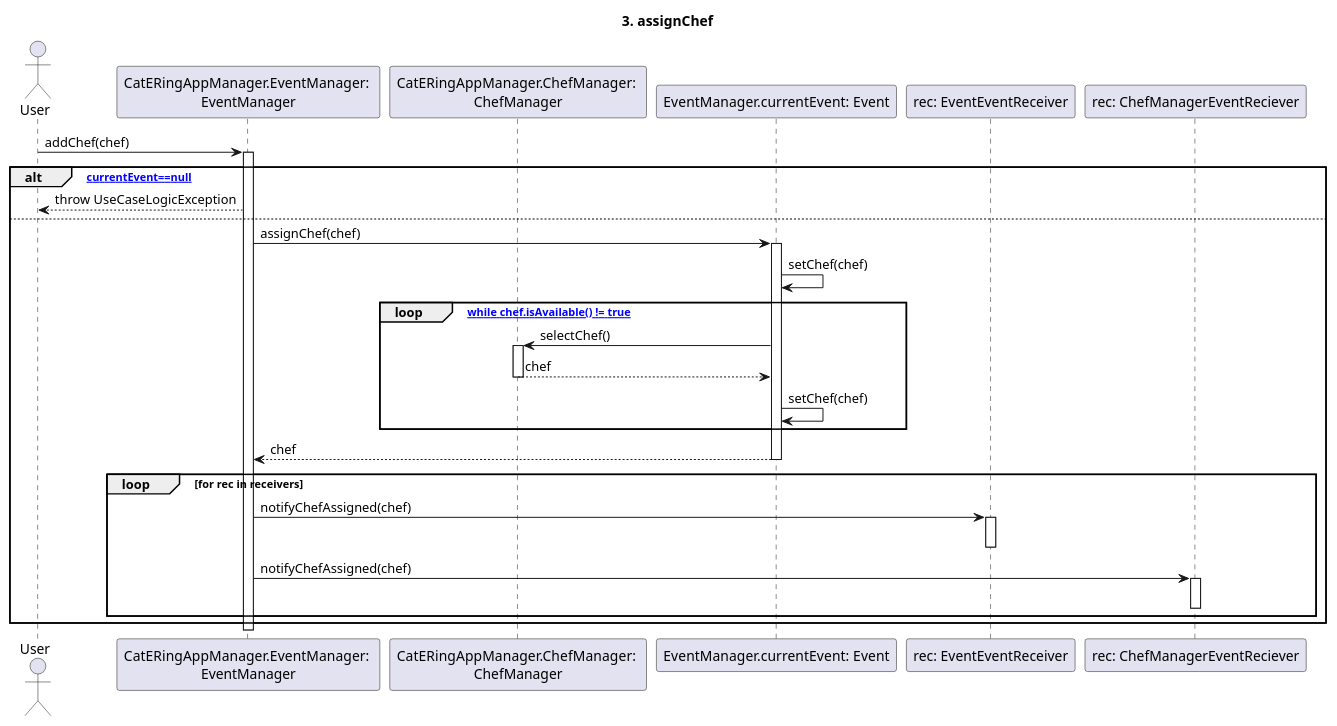
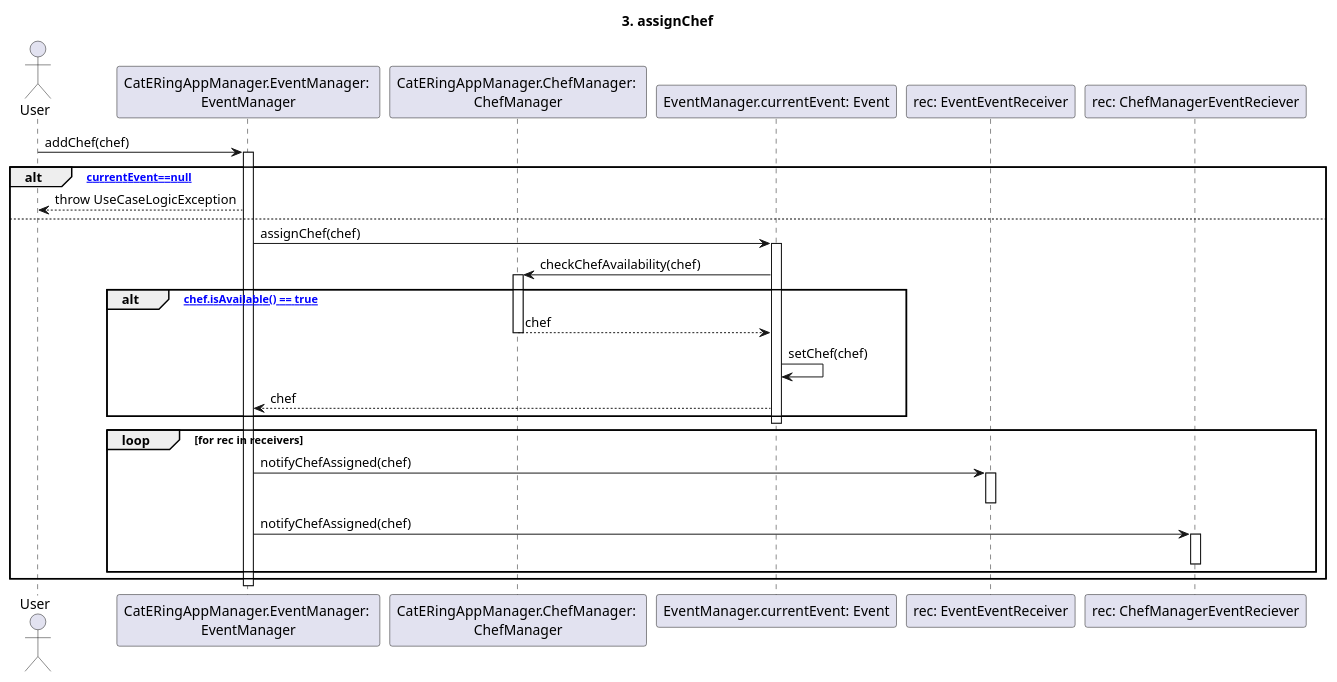
Before and after one commit to m0canu1/sas: the diagram in dsd/dsd-eventi/scenarioPrincipale/3-assignChef.md, drawn with PlantUML. The commit also changed 1 other file, not shown here.

Commit message:
assignChef&Staff corretti dopo una apparizione in sogno

````diff
--- a/dsd/dsd-eventi/scenarioPrincipale/3-assignChef.md
+++ b/dsd/dsd-eventi/scenarioPrincipale/3-assignChef.md
@@ -1,40 +1,40 @@
 ```plantuml
 
 title: 3. assignChef
 
 Actor User
 Participant "CatERingAppManager.EventManager: \nEventManager" as EM
 Participant "CatERingAppManager.ChefManager: \nChefManager" as SM
 Participant "EventManager.currentEvent: Event" as CE
 Participant "rec: EventEventReceiver" as EER
 Participant "rec: ChefManagerEventReciever" as SMER
 
 User -> EM: addChef(chef)
 Activate EM
 alt [currentEvent==null]
     EM --> User: throw UseCaseLogicException
 else
     EM -> CE: assignChef(chef)
     Activate CE
-    CE -> CE: setChef(chef)
-    loop ["while chef.isAvailable() != true"]
-        CE -> SM: selectChef()
-        Activate SM
+    CE -> SM: checkChefAvailability(chef)
+    Activate SM
+    alt ["chef.isAvailable() == true"]
         SM --> CE: chef
         Deactivate SM
         CE -> CE: setChef(chef)
+        CE --> EM: chef
     end
-    CE --> EM: chef
+
     Deactivate CE
     loop for rec in receivers
       EM -> EER: notifyChefAssigned(chef)
       Activate EER
       Deactivate EER
       EM -> SMER: notifyChefAssigned(chef)
       Activate SMER
       Deactivate SMER
     end
 end
 Deactivate EM
 
 ```
````
